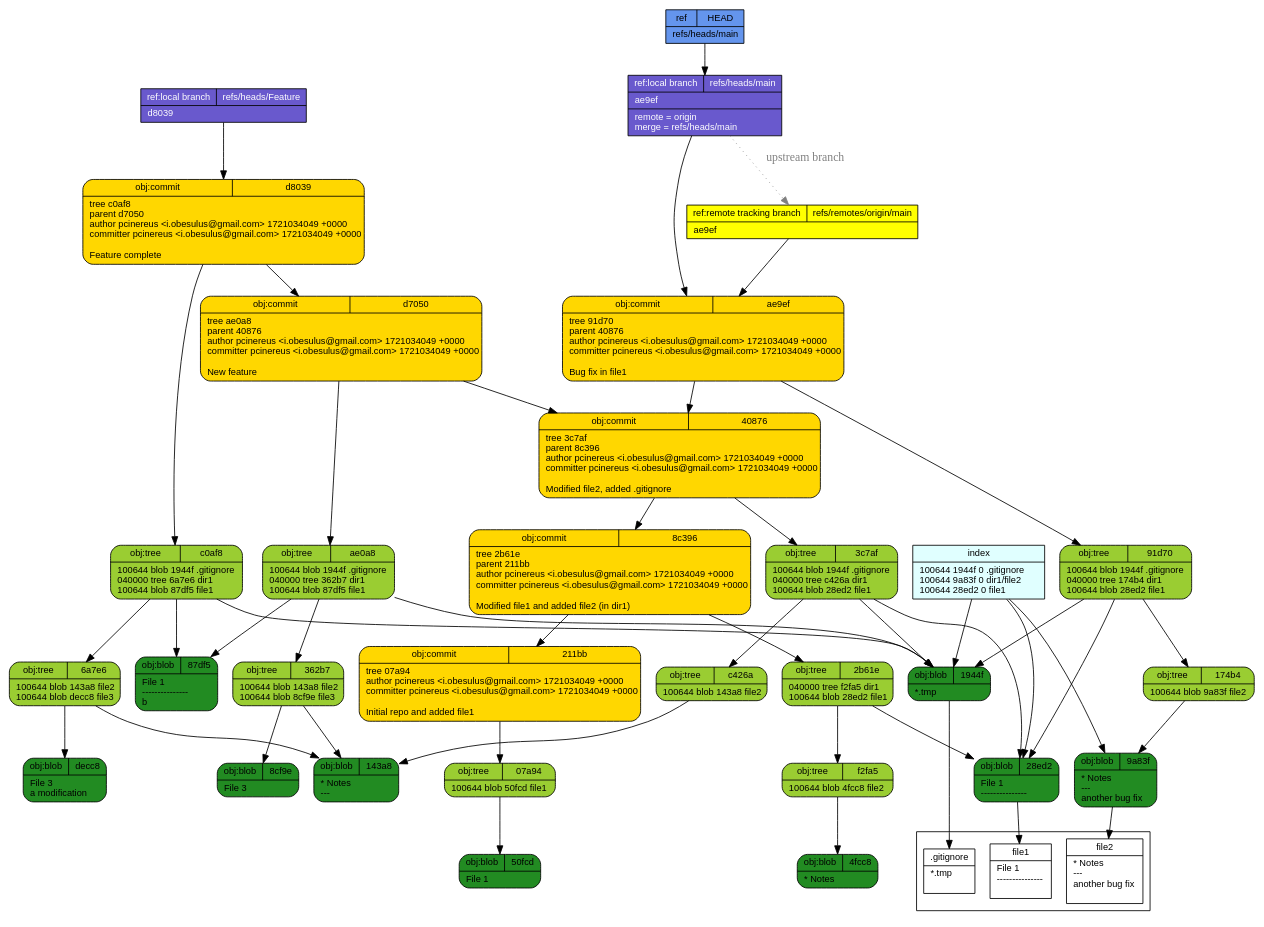
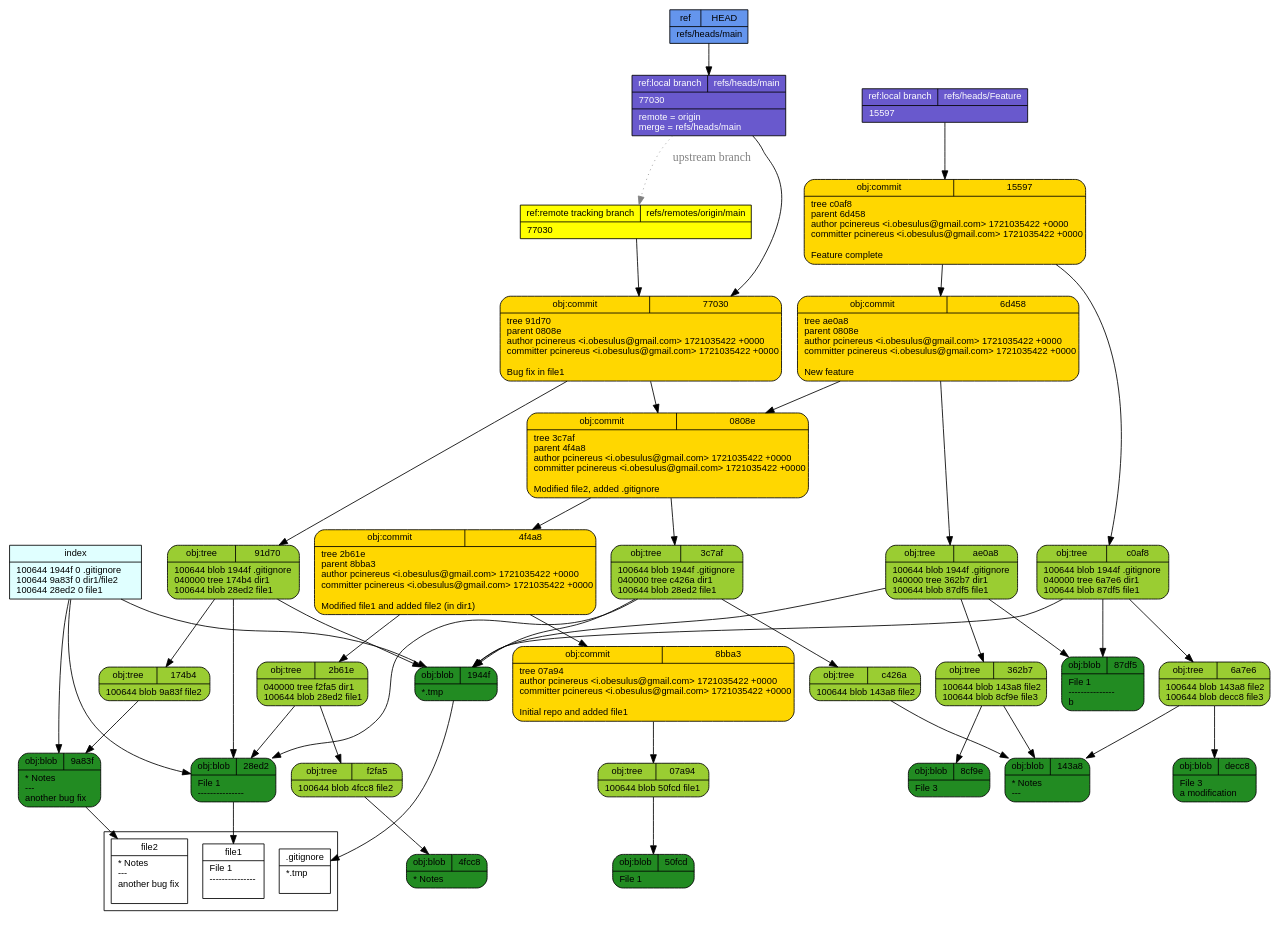
Before and after one commit to pcinereus/SUYRs_documents: the diagram in tut/git-draw.dot, drawn with Graphviz. The commit also changed 606 other files, not shown here.

```diff
--- a/tut/git-draw.dot
+++ b/tut/git-draw.dot
@@ -1,57 +1,57 @@
 digraph structs {
   node [shape=record,fontsize=11,fontname="arial"];
   rankdir="TB";
   _f2fa5 [fillcolor="yellowgreen", style="filled,rounded", label="{{obj:tree|f2fa5}|100644\ blob\ 4fcc8\	file2\l}"]  _f2fa5 -> _4fcc8
-  _d7050 [fillcolor="gold", style="filled,rounded", label="{{obj:commit|d7050}|tree\ ae0a8\lparent\ 40876\lauthor\ pcinereus\ \<i\.obesulus\@gmail\.com\>\ 1721034049\ \+0000\lcommitter\ pcinereus\ \<i\.obesulus\@gmail\.com\>\ 1721034049\ \+0000\l\lNew\ feature\l}"]  _d7050 -> _ae0a8
-  _d7050 -> _40876
   _07a94 [fillcolor="yellowgreen", style="filled,rounded", label="{{obj:tree|07a94}|100644\ blob\ 50fcd\	file1\l}"]  _07a94 -> _50fcd
-  _211bb [fillcolor="gold", style="filled,rounded", label="{{obj:commit|211bb}|tree\ 07a94\lauthor\ pcinereus\ \<i\.obesulus\@gmail\.com\>\ 1721034049\ \+0000\lcommitter\ pcinereus\ \<i\.obesulus\@gmail\.com\>\ 1721034049\ \+0000\l\lInitial\ repo\ and\ added\ file1\l}"]  _211bb -> _07a94
   _143a8 [fillcolor="forestgreen", style="filled,rounded", label="{{obj:blob|143a8}|\*\ Notes\l\-\-\-\l}"]  _c0af8 [fillcolor="yellowgreen", style="filled,rounded", label="{{obj:tree|c0af8}|100644\ blob\ 1944f\	\.gitignore\l040000\ tree\ 6a7e6\	dir1\l100644\ blob\ 87df5\	file1\l}"]  _c0af8 -> _1944f
   _c0af8 -> _6a7e6
   _c0af8 -> _87df5
-  _4fcc8 [fillcolor="forestgreen", style="filled,rounded", label="{{obj:blob|4fcc8}|\*\ Notes\l}"]  _c426a [fillcolor="yellowgreen", style="filled,rounded", label="{{obj:tree|c426a}|100644\ blob\ 143a8\	file2\l}"]  _c426a -> _143a8
-  _1944f [fillcolor="forestgreen", style="filled,rounded", label="{{obj:blob|1944f}|\*\.tmp\l}"]  _50fcd [fillcolor="forestgreen", style="filled,rounded", label="{{obj:blob|50fcd}|File\ 1\l}"]  _8c396 [fillcolor="gold", style="filled,rounded", label="{{obj:commit|8c396}|tree\ 2b61e\lparent\ 211bb\lauthor\ pcinereus\ \<i\.obesulus\@gmail\.com\>\ 1721034049\ \+0000\lcommitter\ pcinereus\ \<i\.obesulus\@gmail\.com\>\ 1721034049\ \+0000\l\lModified\ file1\ and\ added\ file2\ \(in\ dir1\)\l}"]  _8c396 -> _2b61e
-  _8c396 -> _211bb
-  _8cf9e [fillcolor="forestgreen", style="filled,rounded", label="{{obj:blob|8cf9e}|File\ 3\l}"]  _40876 [fillcolor="gold", style="filled,rounded", label="{{obj:commit|40876}|tree\ 3c7af\lparent\ 8c396\lauthor\ pcinereus\ \<i\.obesulus\@gmail\.com\>\ 1721034049\ \+0000\lcommitter\ pcinereus\ \<i\.obesulus\@gmail\.com\>\ 1721034049\ \+0000\l\lModified\ file2\,\ added\ \.gitignore\l}"]  _40876 -> _3c7af
-  _40876 -> _8c396
-  _91d70 [fillcolor="yellowgreen", style="filled,rounded", label="{{obj:tree|91d70}|100644\ blob\ 1944f\	\.gitignore\l040000\ tree\ 174b4\	dir1\l100644\ blob\ 28ed2\	file1\l}"]  _91d70 -> _1944f
+  _4fcc8 [fillcolor="forestgreen", style="filled,rounded", label="{{obj:blob|4fcc8}|\*\ Notes\l}"]  _4f4a8 [fillcolor="gold", style="filled,rounded", label="{{obj:commit|4f4a8}|tree\ 2b61e\lparent\ 8bba3\lauthor\ pcinereus\ \<i\.obesulus\@gmail\.com\>\ 1721035422\ \+0000\lcommitter\ pcinereus\ \<i\.obesulus\@gmail\.com\>\ 1721035422\ \+0000\l\lModified\ file1\ and\ added\ file2\ \(in\ dir1\)\l}"]  _4f4a8 -> _2b61e
+  _4f4a8 -> _8bba3
+  _77030 [fillcolor="gold", style="filled,rounded", label="{{obj:commit|77030}|tree\ 91d70\lparent\ 0808e\lauthor\ pcinereus\ \<i\.obesulus\@gmail\.com\>\ 1721035422\ \+0000\lcommitter\ pcinereus\ \<i\.obesulus\@gmail\.com\>\ 1721035422\ \+0000\l\lBug\ fix\ in\ file1\l}"]  _77030 -> _91d70
+  _77030 -> _0808e
+  _c426a [fillcolor="yellowgreen", style="filled,rounded", label="{{obj:tree|c426a}|100644\ blob\ 143a8\	file2\l}"]  _c426a -> _143a8
+  _1944f [fillcolor="forestgreen", style="filled,rounded", label="{{obj:blob|1944f}|\*\.tmp\l}"]  _50fcd [fillcolor="forestgreen", style="filled,rounded", label="{{obj:blob|50fcd}|File\ 1\l}"]  _0808e [fillcolor="gold", style="filled,rounded", label="{{obj:commit|0808e}|tree\ 3c7af\lparent\ 4f4a8\lauthor\ pcinereus\ \<i\.obesulus\@gmail\.com\>\ 1721035422\ \+0000\lcommitter\ pcinereus\ \<i\.obesulus\@gmail\.com\>\ 1721035422\ \+0000\l\lModified\ file2\,\ added\ \.gitignore\l}"]  _0808e -> _3c7af
+  _0808e -> _4f4a8
+  _8cf9e [fillcolor="forestgreen", style="filled,rounded", label="{{obj:blob|8cf9e}|File\ 3\l}"]  _91d70 [fillcolor="yellowgreen", style="filled,rounded", label="{{obj:tree|91d70}|100644\ blob\ 1944f\	\.gitignore\l040000\ tree\ 174b4\	dir1\l100644\ blob\ 28ed2\	file1\l}"]  _91d70 -> _1944f
   _91d70 -> _174b4
   _91d70 -> _28ed2
-  _9a83f [fillcolor="forestgreen", style="filled,rounded", label="{{obj:blob|9a83f}|\*\ Notes\l\-\-\-\l\ another\ bug\ fix\l}"]  _ae9ef [fillcolor="gold", style="filled,rounded", label="{{obj:commit|ae9ef}|tree\ 91d70\lparent\ 40876\lauthor\ pcinereus\ \<i\.obesulus\@gmail\.com\>\ 1721034049\ \+0000\lcommitter\ pcinereus\ \<i\.obesulus\@gmail\.com\>\ 1721034049\ \+0000\l\lBug\ fix\ in\ file1\l}"]  _ae9ef -> _91d70
-  _ae9ef -> _40876
-  _ae0a8 [fillcolor="yellowgreen", style="filled,rounded", label="{{obj:tree|ae0a8}|100644\ blob\ 1944f\	\.gitignore\l040000\ tree\ 362b7\	dir1\l100644\ blob\ 87df5\	file1\l}"]  _ae0a8 -> _1944f
+  _9a83f [fillcolor="forestgreen", style="filled,rounded", label="{{obj:blob|9a83f}|\*\ Notes\l\-\-\-\l\ another\ bug\ fix\l}"]  _ae0a8 [fillcolor="yellowgreen", style="filled,rounded", label="{{obj:tree|ae0a8}|100644\ blob\ 1944f\	\.gitignore\l040000\ tree\ 362b7\	dir1\l100644\ blob\ 87df5\	file1\l}"]  _ae0a8 -> _1944f
   _ae0a8 -> _362b7
   _ae0a8 -> _87df5
+  _15597 [fillcolor="gold", style="filled,rounded", label="{{obj:commit|15597}|tree\ c0af8\lparent\ 6d458\lauthor\ pcinereus\ \<i\.obesulus\@gmail\.com\>\ 1721035422\ \+0000\lcommitter\ pcinereus\ \<i\.obesulus\@gmail\.com\>\ 1721035422\ \+0000\l\lFeature\ complete\l}"]  _15597 -> _c0af8
+  _15597 -> _6d458
   _2b61e [fillcolor="yellowgreen", style="filled,rounded", label="{{obj:tree|2b61e}|040000\ tree\ f2fa5\	dir1\l100644\ blob\ 28ed2\	file1\l}"]  _2b61e -> _f2fa5
   _2b61e -> _28ed2
-  _d8039 [fillcolor="gold", style="filled,rounded", label="{{obj:commit|d8039}|tree\ c0af8\lparent\ d7050\lauthor\ pcinereus\ \<i\.obesulus\@gmail\.com\>\ 1721034049\ \+0000\lcommitter\ pcinereus\ \<i\.obesulus\@gmail\.com\>\ 1721034049\ \+0000\l\lFeature\ complete\l}"]  _d8039 -> _c0af8
-  _d8039 -> _d7050
   _87df5 [fillcolor="forestgreen", style="filled,rounded", label="{{obj:blob|87df5}|File\ 1\l\-\-\-\-\-\-\-\-\-\-\-\-\-\-\-\lb\l}"]  _362b7 [fillcolor="yellowgreen", style="filled,rounded", label="{{obj:tree|362b7}|100644\ blob\ 143a8\	file2\l100644\ blob\ 8cf9e\	file3\l}"]  _362b7 -> _143a8
   _362b7 -> _8cf9e
   _3c7af [fillcolor="yellowgreen", style="filled,rounded", label="{{obj:tree|3c7af}|100644\ blob\ 1944f\	\.gitignore\l040000\ tree\ c426a\	dir1\l100644\ blob\ 28ed2\	file1\l}"]  _3c7af -> _1944f
   _3c7af -> _c426a
   _3c7af -> _28ed2
   _28ed2 [fillcolor="forestgreen", style="filled,rounded", label="{{obj:blob|28ed2}|File\ 1\l\-\-\-\-\-\-\-\-\-\-\-\-\-\-\-\l}"]  _6a7e6 [fillcolor="yellowgreen", style="filled,rounded", label="{{obj:tree|6a7e6}|100644\ blob\ 143a8\	file2\l100644\ blob\ decc8\	file3\l}"]  _6a7e6 -> _143a8
   _6a7e6 -> _decc8
   _174b4 [fillcolor="yellowgreen", style="filled,rounded", label="{{obj:tree|174b4}|100644\ blob\ 9a83f\	file2\l}"]  _174b4 -> _9a83f
-  _decc8 [fillcolor="forestgreen", style="filled,rounded", label="{{obj:blob|decc8}|File\ 3\l\ a\ modification\l}"]  _refs___heads___Feature [style=filled, fillcolor=slateblue3, fontcolor = white,  label="{{ref:local branch|refs\/heads\/Feature}|d8039\l}"]
-  _refs___heads___Feature -> _d8039
+  _decc8 [fillcolor="forestgreen", style="filled,rounded", label="{{obj:blob|decc8}|File\ 3\l\ a\ modification\l}"]  _6d458 [fillcolor="gold", style="filled,rounded", label="{{obj:commit|6d458}|tree\ ae0a8\lparent\ 0808e\lauthor\ pcinereus\ \<i\.obesulus\@gmail\.com\>\ 1721035422\ \+0000\lcommitter\ pcinereus\ \<i\.obesulus\@gmail\.com\>\ 1721035422\ \+0000\l\lNew\ feature\l}"]  _6d458 -> _ae0a8
+  _6d458 -> _0808e
+  _8bba3 [fillcolor="gold", style="filled,rounded", label="{{obj:commit|8bba3}|tree\ 07a94\lauthor\ pcinereus\ \<i\.obesulus\@gmail\.com\>\ 1721035422\ \+0000\lcommitter\ pcinereus\ \<i\.obesulus\@gmail\.com\>\ 1721035422\ \+0000\l\lInitial\ repo\ and\ added\ file1\l}"]  _8bba3 -> _07a94
+  _refs___heads___Feature [style=filled, fillcolor=slateblue3, fontcolor = white,  label="{{ref:local branch|refs\/heads\/Feature}|15597\l}"]
+  _refs___heads___Feature -> _15597
   _refs___heads___main -> _refs___remotes___origin___main [style=dotted, color=gray, fontcolor=gray, label="upstream branch"]
-  _refs___heads___main [style=filled, fillcolor=slateblue3, fontcolor = white,  label="{{ref:local branch|refs\/heads\/main}|ae9ef\l|remote\ \=\ origin\lmerge\ \=\ refs\/heads\/main\l}"]
-  _refs___heads___main -> _ae9ef
-  _refs___remotes___origin___main [style=filled, fillcolor=yellow, fontcolor = black,  label="{{ref:remote tracking branch|refs\/remotes\/origin\/main}|ae9ef\l}"]
-  _refs___remotes___origin___main -> _ae9ef
+  _refs___heads___main [style=filled, fillcolor=slateblue3, fontcolor = white,  label="{{ref:local branch|refs\/heads\/main}|77030\l|remote\ \=\ origin\lmerge\ \=\ refs\/heads\/main\l}"]
+  _refs___heads___main -> _77030
+  _refs___remotes___origin___main [style=filled, fillcolor=yellow, fontcolor = black,  label="{{ref:remote tracking branch|refs\/remotes\/origin\/main}|77030\l}"]
+  _refs___remotes___origin___main -> _77030
   _HEAD [style=filled, fillcolor=cornflowerblue, fontcolor=black,  label="{{ref|HEAD}|refs\/heads\/main\l}"]
   _HEAD -> _refs___heads___main
   index -> _1944f
   index -> _9a83f
   index -> _28ed2
   index [style=filled, fillcolor=lightcyan, label="{{index}|100644\ 1944f\ 0\	\.gitignore\l100644\ 9a83f\ 0\	dir1\/file2\l100644\ 28ed2\ 0\	file1\l}"]
 subgraph cluster_1 {rank=sink  _gitignore [fillcolor="white", label="{{.gitignore}|*.tmp\l\l}"] 
   _file2 [fillcolor="white", label="{{file2}|* Notes\l---\l another bug fix\l\l}"] 
   _file1 [fillcolor="white", label="{{file1}|File 1\l---------------\l\l}"] 
 }
  _1944f -> _gitignore
  _9a83f -> _file2
  _28ed2 -> _file1
 }
```
